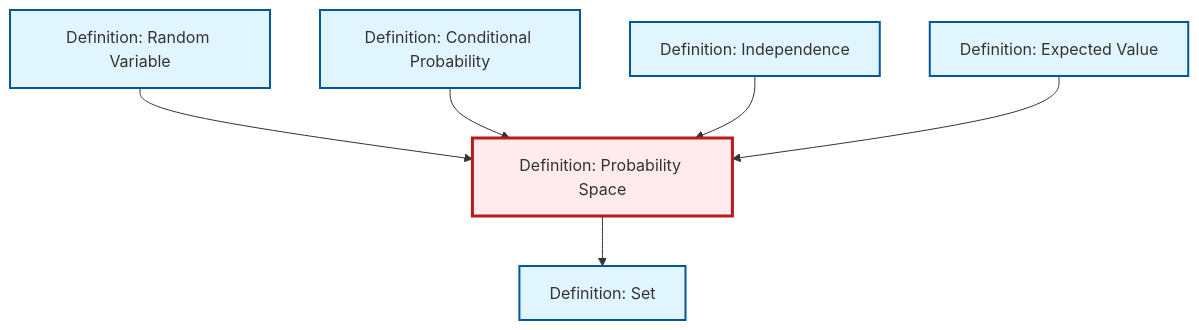
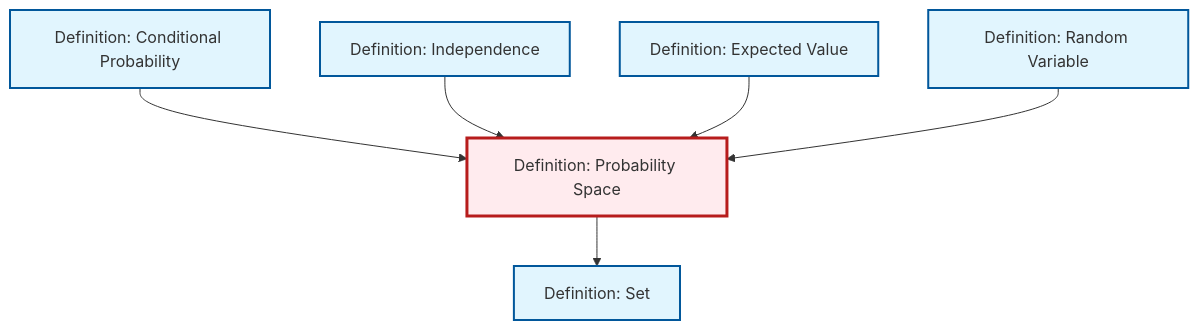
The diagram in content/ja/probability-statistics/def-probability-space.qmd (RK0429/ModernMath), drawn with Mermaid before and after one commit. The commit also changed other lines of this file and 497 other files, not shown here.

````diff
--- a/content/ja/probability-statistics/def-probability-space.qmd
+++ b/content/ja/probability-statistics/def-probability-space.qmd
@@ -47,26 +47,26 @@
 ```{mermaid}
 %%| fig-cap: "Local dependency graph"
 graph TD
     classDef definition fill:#e1f5fe,stroke:#01579b,stroke-width:2px
     classDef theorem fill:#f3e5f5,stroke:#4a148c,stroke-width:2px
     classDef axiom fill:#fff3e0,stroke:#e65100,stroke-width:2px
     classDef example fill:#e8f5e9,stroke:#1b5e20,stroke-width:2px
     classDef current fill:#ffebee,stroke:#b71c1c,stroke-width:3px
+    def-random-variable["Definition: Random Variable"]:::definition
     def-conditional-probability["Definition: Conditional Probability"]:::definition
-    def-probability-space["Definition: Probability Space"]:::definition
     def-expectation["Definition: Expected Value"]:::definition
     def-set["Definition: Set"]:::definition
-    def-random-variable["Definition: Random Variable"]:::definition
     def-independence["Definition: Independence"]:::definition
-    def-random-variable --> def-probability-space
+    def-probability-space["Definition: Probability Space"]:::definition
     def-conditional-probability --> def-probability-space
-    def-probability-space --> def-set
     def-independence --> def-probability-space
     def-expectation --> def-probability-space
+    def-probability-space --> def-set
+    def-random-variable --> def-probability-space
     class def-probability-space current
+    click def-random-variable "def-random-variable.html" "Definition: Random Variableへ"
     click def-conditional-probability "def-conditional-probability.html" "Definition: Conditional Probabilityへ"
     click def-expectation "def-expectation.html" "Definition: Expected Valueへ"
     click def-set "def-set.html" "Definition: Setへ"
-    click def-random-variable "def-random-variable.html" "Definition: Random Variableへ"
     click def-independence "def-independence.html" "Definition: Independenceへ"
 ```
````
